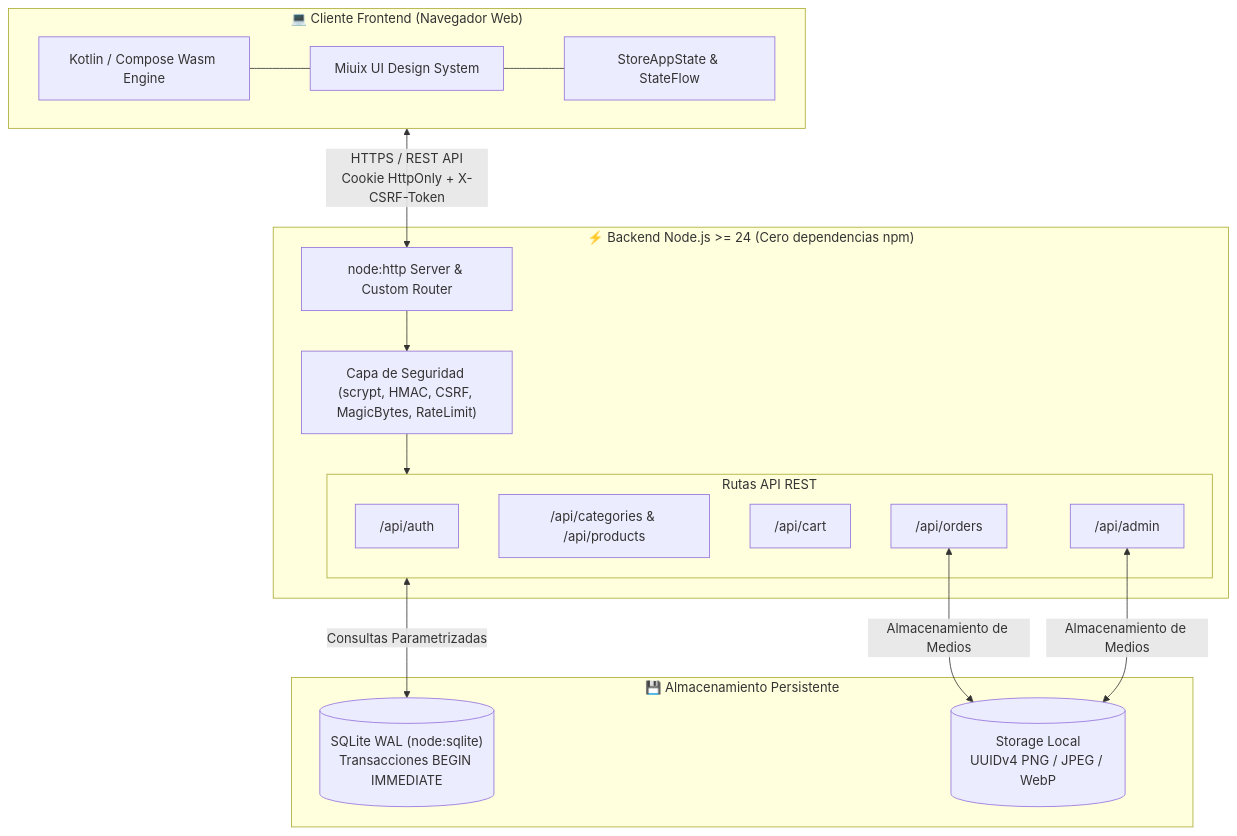
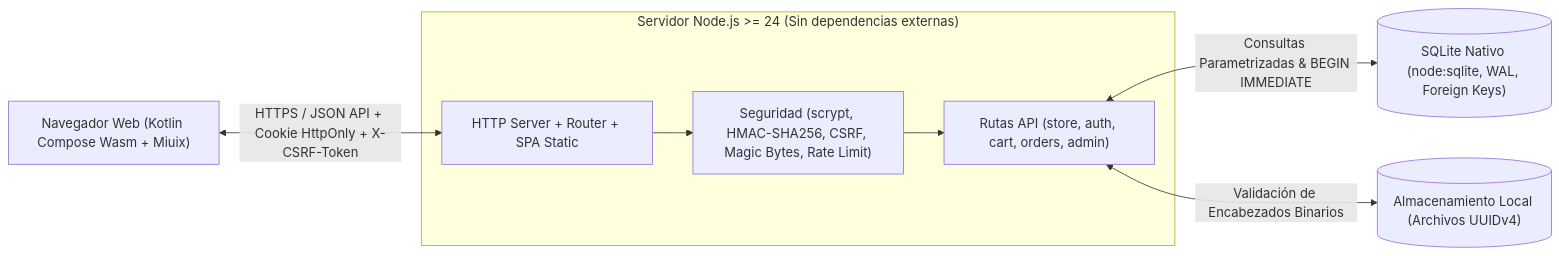
Before and after one commit to MituOS2/TBD-Supply: the first of 2 diagrams in README.md, drawn with Mermaid. The commit also changed other lines of this file, not shown here.

````diff
--- a/README.md
+++ b/README.md
@@ -79,35 +46,16 @@
 ```mermaid
-flowchart TB
-    subgraph Client ["💻 Cliente Frontend (Navegador Web)"]
-        Wasm["Kotlin / Compose Wasm Engine"]
-        Miuix["Miuix UI Design System"]
-        State["StoreAppState & StateFlow"]
-        Wasm --- Miuix
-        Miuix --- State
+flowchart LR
+    Browser["Navegador Web (Kotlin Compose Wasm + Miuix)"]
+    subgraph Server["Servidor Node.js >= 24 (Sin dependencias externas)"]
+        Router["HTTP Server + Router + SPA Static"]
+        Sec["Seguridad (scrypt, HMAC-SHA256, CSRF, Magic Bytes, Rate Limit)"]
+        Routes["Rutas API (store, auth, cart, orders, admin)"]
+        Router --> Sec --> Routes
     end
+    DB[("SQLite Nativo (node:sqlite, WAL, Foreign Keys)")]
+    Media[("Almacenamiento Local (Archivos UUIDv4)")]
 
-    subgraph Server ["⚡ Backend Node.js >= 24 (Cero dependencias npm)"]
-        HTTP["node:http Server & Custom Router"]
-        SecLayer["Capa de Seguridad (scrypt, HMAC, CSRF, MagicBytes, RateLimit)"]
-        
-        subgraph Modules ["Rutas API REST"]
-            AuthMod["/api/auth"]
-            StoreMod["/api/categories & /api/products"]
-            CartMod["/api/cart"]
-            OrderMod["/api/orders"]
-            AdminMod["/api/admin"]
-        end
-        
-        HTTP --> SecLayer
-        SecLayer --> Modules
-    end
-
-    subgraph Storage ["💾 Almacenamiento Persistente"]
-        DB[("SQLite WAL (node:sqlite)\nTransacciones BEGIN IMMEDIATE")]
-        Uploads[("Storage Local\nUUIDv4 PNG / JPEG / WebP")]
-    end
-
-    Client <-->|"HTTPS / REST API\nCookie HttpOnly + X-CSRF-Token"| HTTP
-    Modules <-->|"Consultas Parametrizadas"| DB
-    OrderMod & AdminMod <-->|"Almacenamiento de Medios"| Uploads
+    Browser <-->|"HTTPS / JSON API + Cookie HttpOnly + X-CSRF-Token"| Router
+    Routes <-->|"Consultas Parametrizadas & BEGIN IMMEDIATE"| DB
+    Routes <-->|"Validación de Encabezados Binarios"| Media
 ```
````
